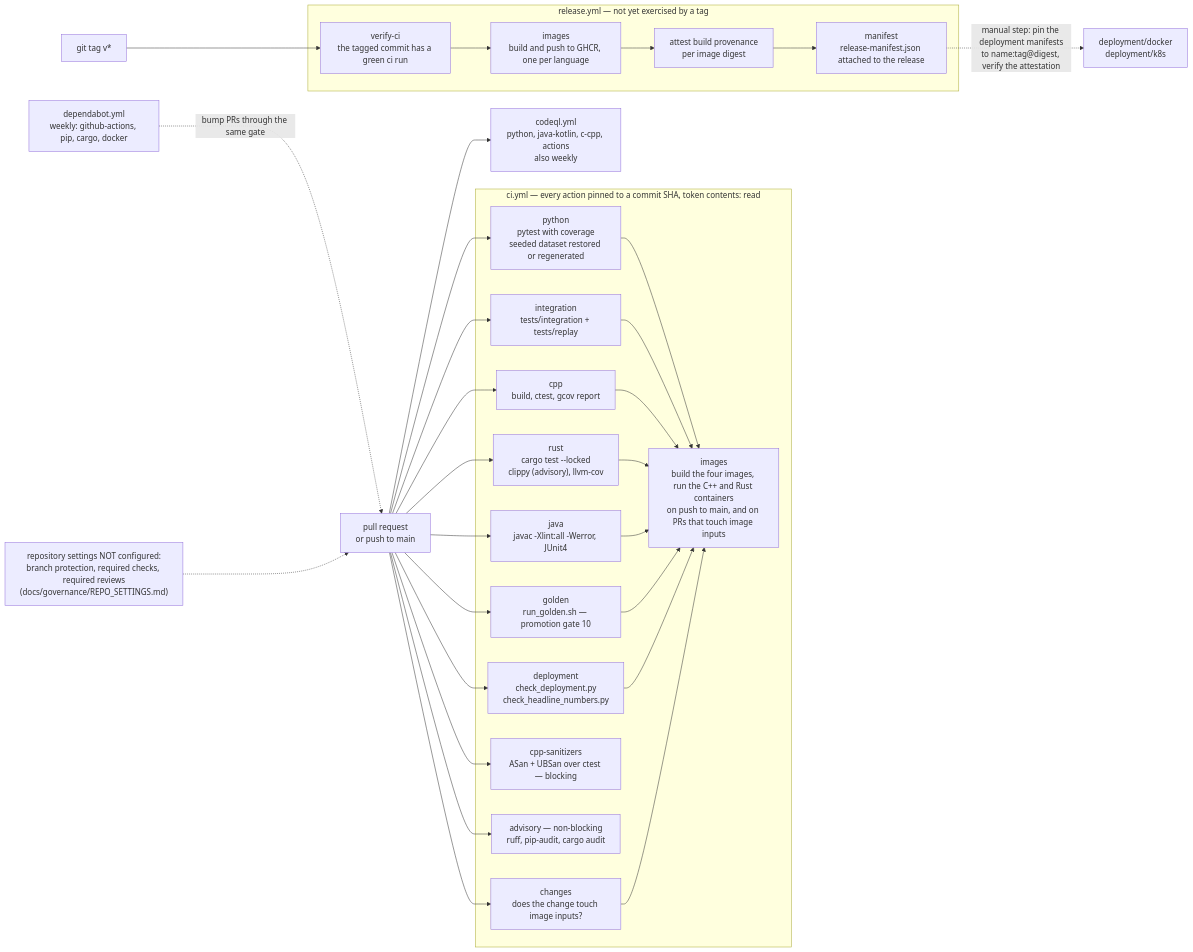
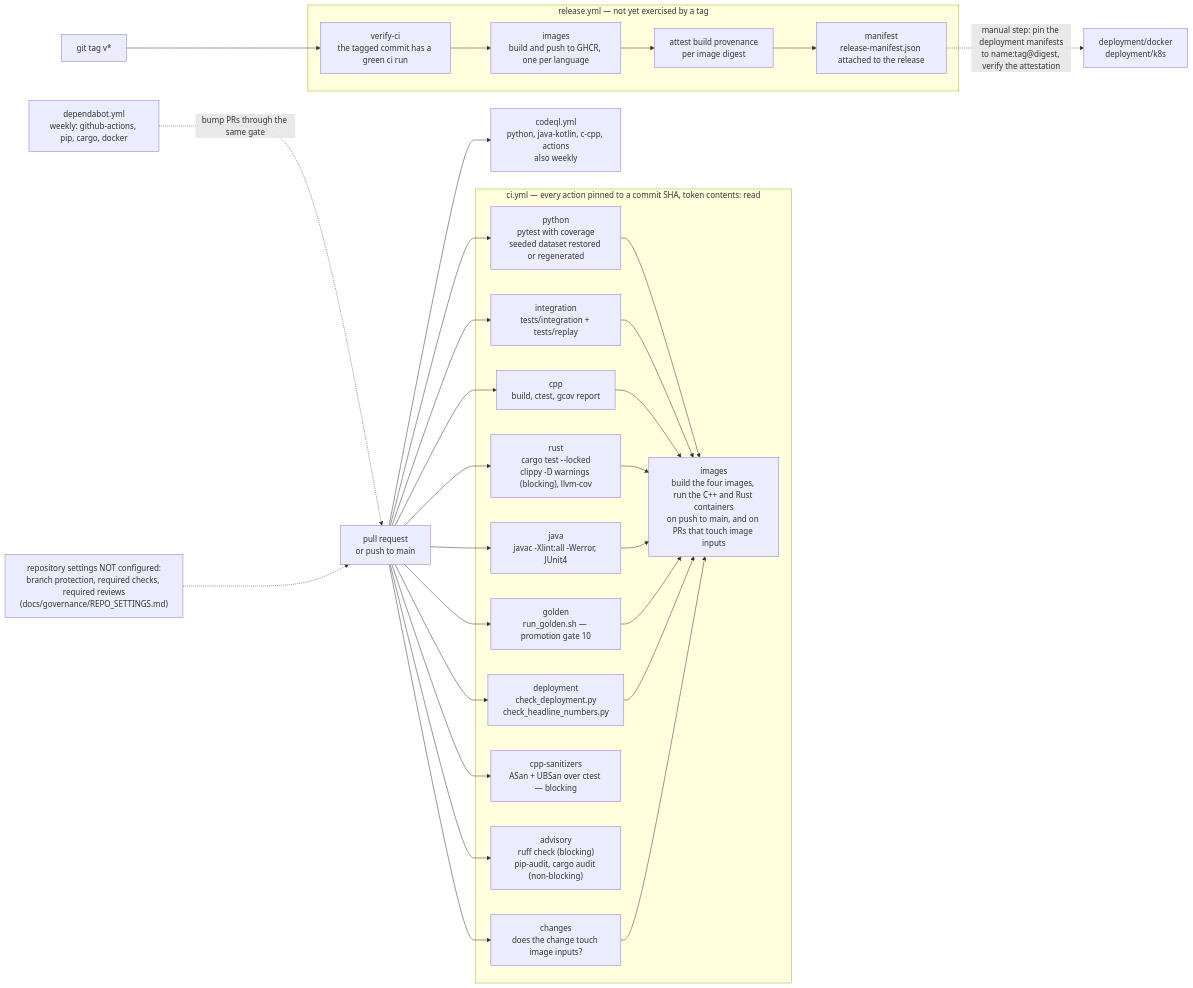
One commit to AshJha0/intraday-alpha-platform changed the diagram in docs/diagrams/ci_release_pipeline.mmd. Above: the diagram before and after it, drawn with Mermaid. The commit also changed 6 other files, not shown here.

First line of the commit message:
docs: clippy and ruff are blocking in CI since the lint cleanup

```diff
--- a/docs/diagrams/ci_release_pipeline.mmd
+++ b/docs/diagrams/ci_release_pipeline.mmd
@@ -1,47 +1,47 @@
 flowchart LR
     %% .github/workflows/{ci,codeql,release}.yml and dependabot.yml as of v1.3.0.
     PR["pull request<br/>or push to main"] --> PY
     PR --> INT
     PR --> CPP
     PR --> RS
     PR --> JV
     PR --> GOLD
     PR --> DEP
     PR --> ASAN
     PR --> ADV
     PR --> CHG
     subgraph CI["ci.yml — every action pinned to a commit SHA, token contents: read"]
         PY["python<br/>pytest with coverage<br/>seeded dataset restored or regenerated"]
         INT["integration<br/>tests/integration + tests/replay"]
         CPP["cpp<br/>build, ctest, gcov report"]
-        RS["rust<br/>cargo test --locked<br/>clippy (advisory), llvm-cov"]
+        RS["rust<br/>cargo test --locked<br/>clippy -D warnings (blocking), llvm-cov"]
         JV["java<br/>javac -Xlint:all -Werror, JUnit4"]
         GOLD["golden<br/>run_golden.sh — promotion gate 10"]
         DEP["deployment<br/>check_deployment.py<br/>check_headline_numbers.py"]
         ASAN["cpp-sanitizers<br/>ASan + UBSan over ctest — blocking"]
-        ADV["advisory — non-blocking<br/>ruff, pip-audit, cargo audit"]
+        ADV["advisory<br/>ruff check (blocking)<br/>pip-audit, cargo audit (non-blocking)"]
         CHG["changes<br/>does the change touch image inputs?"]
         IMG["images<br/>build the four images, run the C++ and Rust containers<br/>on push to main, and on PRs that touch image inputs"]
     end
     PY --> IMG
     INT --> IMG
     CPP --> IMG
     RS --> IMG
     JV --> IMG
     GOLD --> IMG
     DEP --> IMG
     CHG --> IMG
     PR --> CQL["codeql.yml<br/>python, java-kotlin, c-cpp, actions<br/>also weekly"]
     DB["dependabot.yml<br/>weekly: github-actions, pip, cargo, docker"] -.->|"bump PRs through the same gate"| PR
     TAG["git tag v*"] --> VER
     subgraph REL["release.yml — not yet exercised by a tag"]
         VER["verify-ci<br/>the tagged commit has a green ci run"]
         BLD["images<br/>build and push to GHCR, one per language"]
         ATT["attest build provenance<br/>per image digest"]
         MAN["manifest<br/>release-manifest.json attached to the release"]
         VER --> BLD
         BLD --> ATT
         ATT --> MAN
     end
     MAN -.->|"manual step: pin the deployment manifests<br/>to name:tag@digest, verify the attestation"| DEPLOY["deployment/docker<br/>deployment/k8s"]
     NOTE["repository settings NOT configured:<br/>branch protection, required checks, required reviews<br/>(docs/governance/REPO_SETTINGS.md)"] -.-> PR
```
